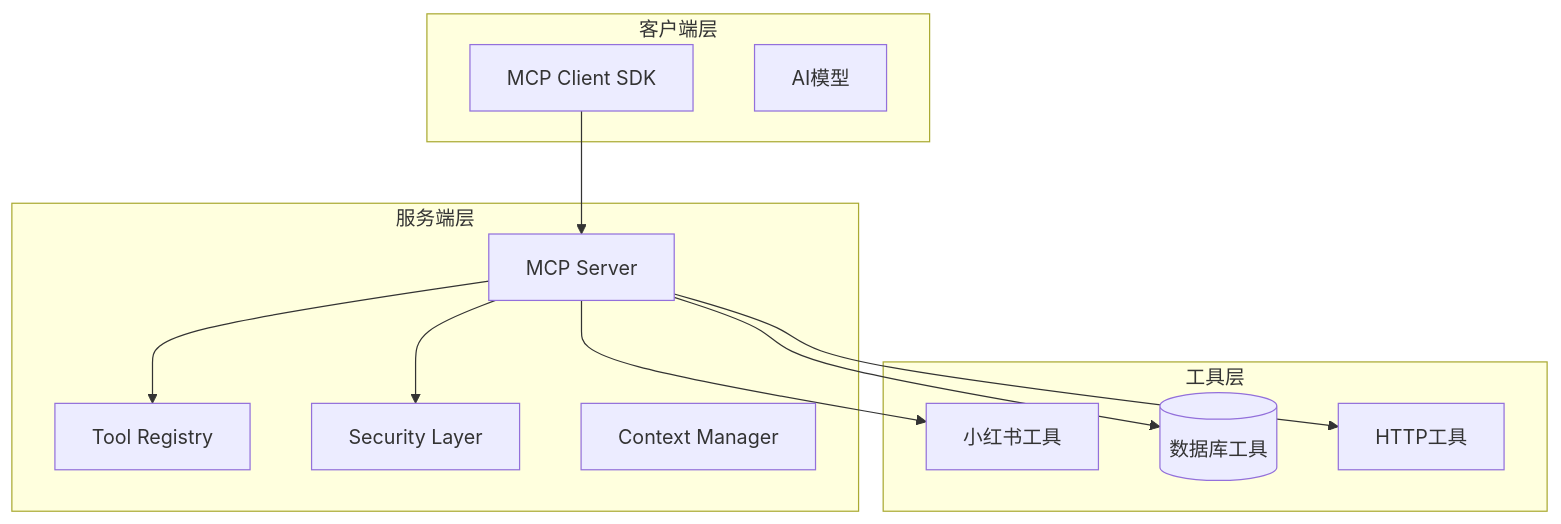
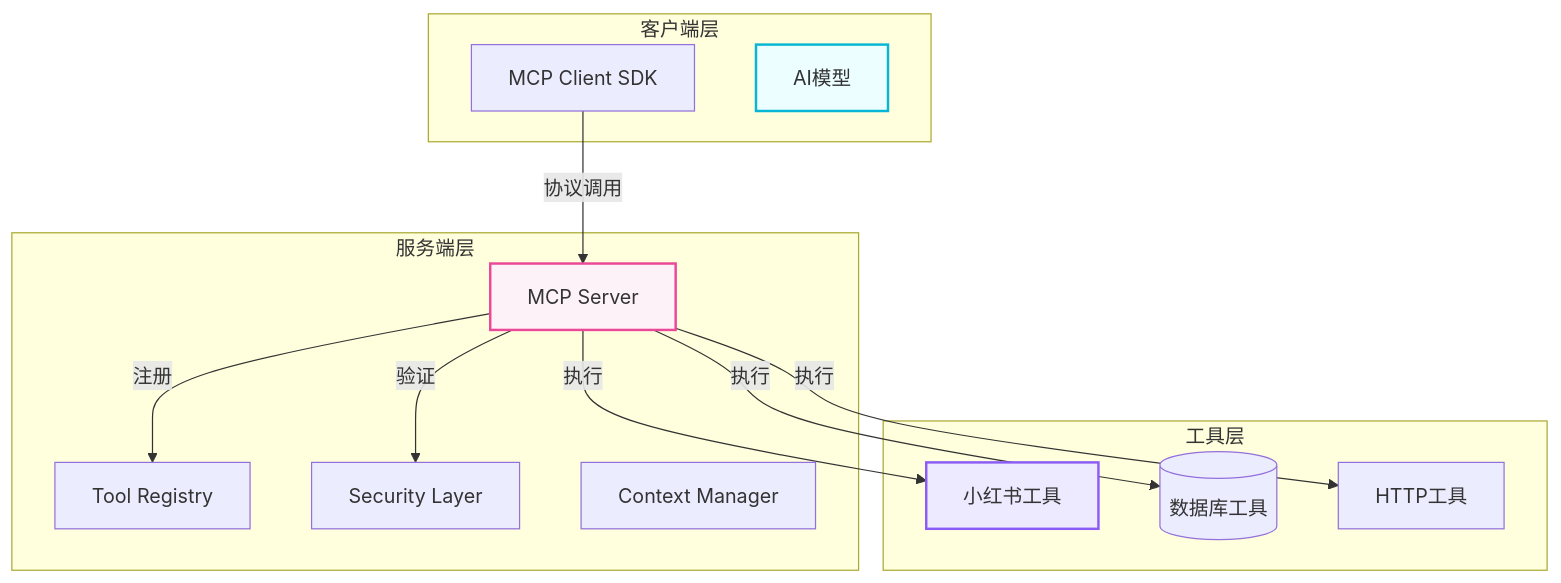
The first of 2 diagrams in slides.md (s233a/slidev-ppt), drawn with Mermaid before and after one commit. The commit also changed other lines of this file, not shown here.

````diff
--- a/slides.md
+++ b/slides.md
@@ -60,24 +121,31 @@
 ```mermaid
 graph TB
     subgraph 服务端层
         A[MCP Server]
         B[Tool Registry]
         C[Security Layer]
         D[Context Manager]
     end
+    
     subgraph 工具层
         E[小红书工具]
         F[(数据库工具)]
         G[HTTP工具]
     end
+    
     subgraph 客户端层
         H[MCP Client SDK]
         I[AI模型]
     end
-    H --> A
-    A --> B
-    A --> C
-    A --> E
-    A --> F
-    A --> G
+    
+    H -->|协议调用| A
+    A -->|注册| B
+    A -->|验证| C
+    A -->|执行| E
+    A -->|执行| F
+    A -->|执行| G
+    
+    style A fill:#fdf2f8,stroke:#ec4899,stroke-width:2px
+    style E fill:#ede9fe,stroke:#8b5cf6,stroke-width:2px
+    style I fill:#ecfeff,stroke:#06b6d4,stroke-width:2px
 ```
````
